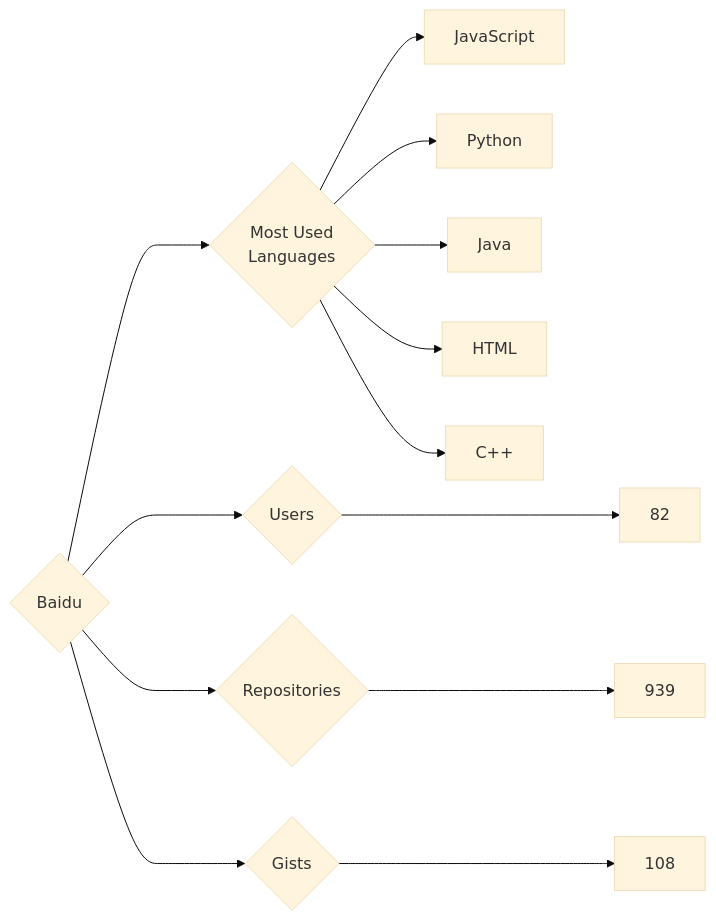
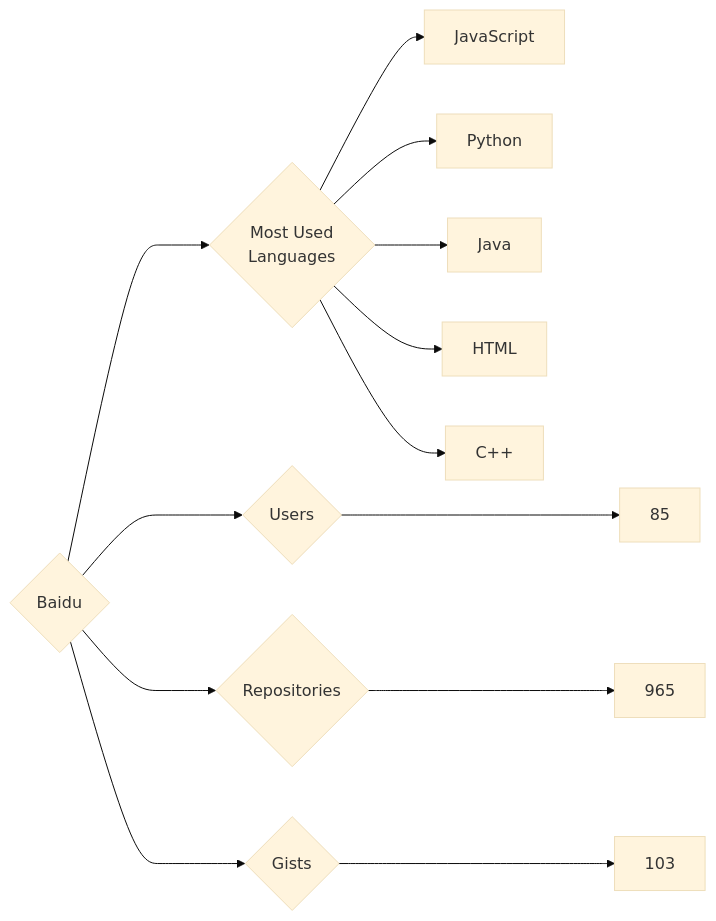
The diagram in targets/Baidu/README.md (trickest/insiders), drawn with Mermaid (base theme) before and after one commit. The commit also changed 964 other files, not shown here.

````diff
--- a/targets/Baidu/README.md
+++ b/targets/Baidu/README.md
@@ -3,13 +3,13 @@
 ```mermaid
 graph LR
 COMPANY_NAME{Baidu}
-COMPANY_NAME ---> U{Users} ---> UN[82]
-COMPANY_NAME ---> R{Repositories} ---> RN[939]
-COMPANY_NAME ---> G{Gists} ---> GN[108]
+COMPANY_NAME ---> U{Users} ---> UN[85]
+COMPANY_NAME ---> R{Repositories} ---> RN[965]
+COMPANY_NAME ---> G{Gists} ---> GN[103]
 COMPANY_NAME ---> ML{Most Used<br>Languages}
 ML --> JavaScript[JavaScript]
 ML --> Python[Python]
 ML --> Java[Java]
 ML --> HTML[HTML]
 ML --> C++[C++]
 ```
````
